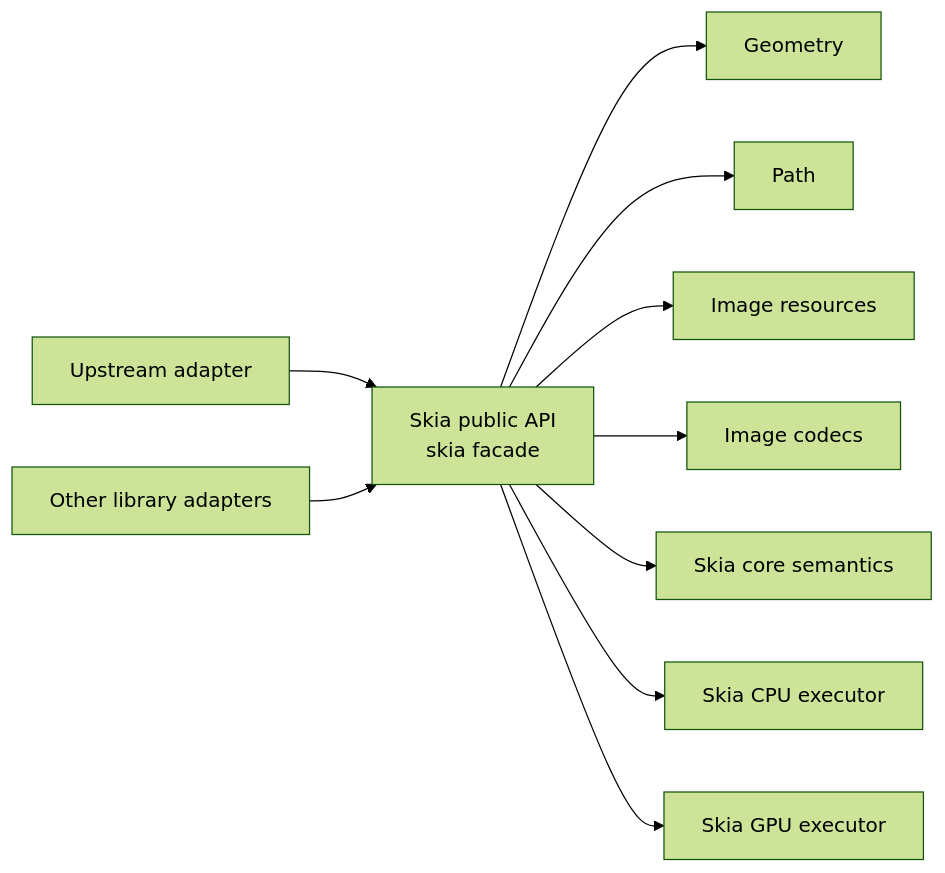
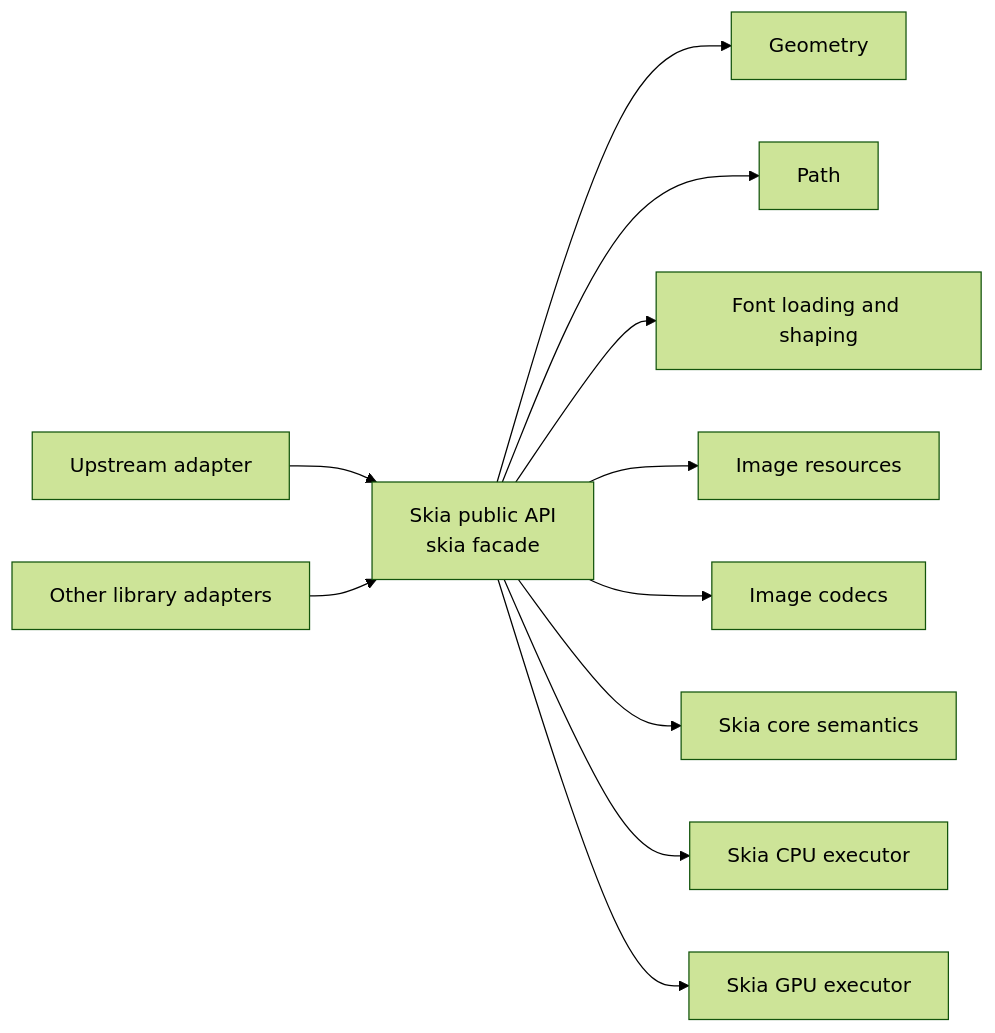
Before and after one commit to chogng/skia: the diagram in README.md, drawn with Mermaid (forest theme). The commit also changed other lines of this file and 13 other files, not shown here.

````diff
--- a/README.md
+++ b/README.md
@@ -9,12 +9,13 @@
 ```mermaid
 flowchart LR
   adapter["Upstream adapter"] --> api["Skia public API\nskia facade"]
   other["Other library adapters"] --> api
   api --> geometry["Geometry"]
   api --> path["Path"]
+  api --> text["Font loading and shaping"]
   api --> image["Image resources"]
   api --> codec["Image codecs"]
   api --> core["Skia core semantics"]
   api --> cpu["Skia CPU executor"]
   api --> gpu["Skia GPU executor"]
 ```
````
